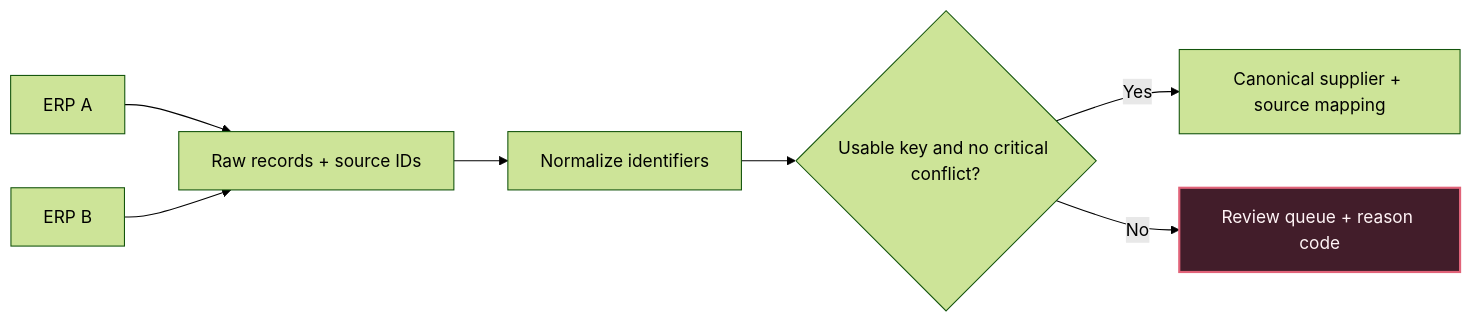
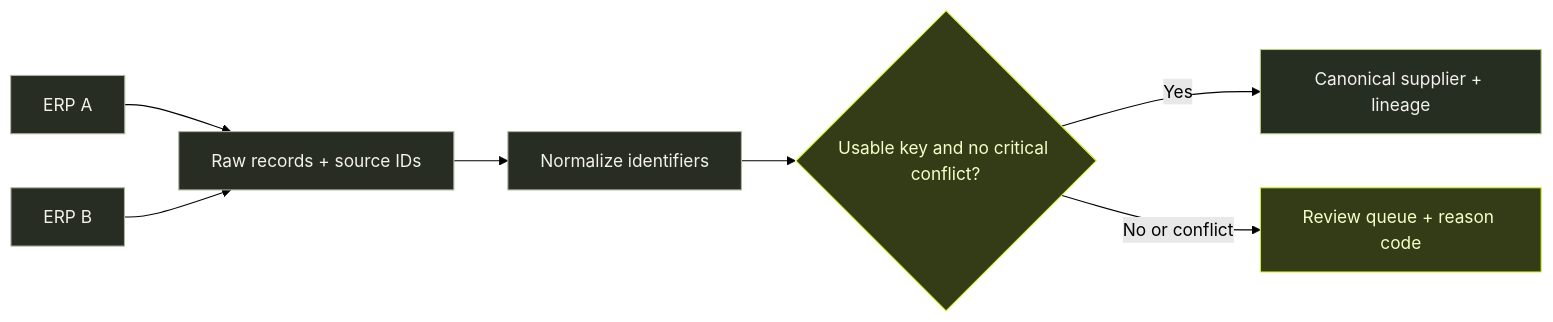
One commit to VivianLaFarina/VivianLaFarina changed the diagram in README.md. Above: the diagram before and after it, drawn with Mermaid (forest theme). The commit also changed other lines of this file and 2 other files, not shown here.

````diff
--- a/README.md
+++ b/README.md
@@ -28,11 +57,15 @@
 ```mermaid
 flowchart LR
-    A["ERP A"] --> L["Raw records + source IDs"]
-    B["ERP B"] --> L
-    L --> N["Normalize identifiers"]
+    A["ERP A"] --> I["Raw records + source IDs"]
+    B["ERP B"] --> I
+    I --> N["Normalize identifiers"]
     N --> K{"Usable key and no critical conflict?"}
-    K -->|Yes| M["Canonical supplier + source mapping"]
-    K -->|No| R["Review queue + reason code"]
-    classDef review fill:#421D2A,stroke:#E16379,color:#FFF4F6,stroke-width:2px
-    class R review
+    K -->|Yes| C["Canonical supplier + lineage"]
+    K -->|No or conflict| R["Review queue + reason code"]
+    classDef source fill:#282D23,stroke:#ADB5A0,color:#F3F3EE
+    classDef decision fill:#343B17,stroke:#CFF630,color:#F6FFC9
+    classDef output fill:#262D21,stroke:#B8CB83,color:#F3F3EE
+    class A,B,I,N source
+    class K,R decision
+    class C output
 ```
````
